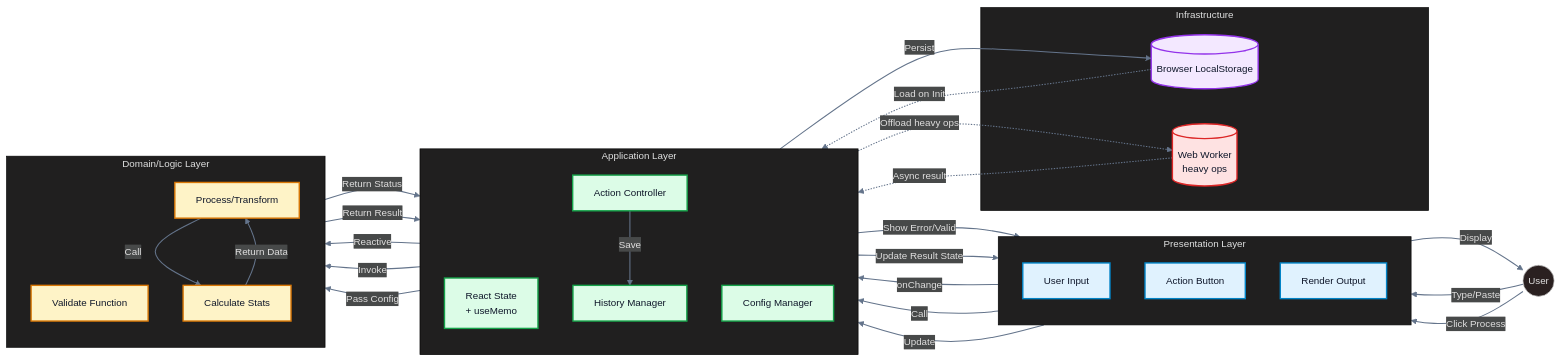
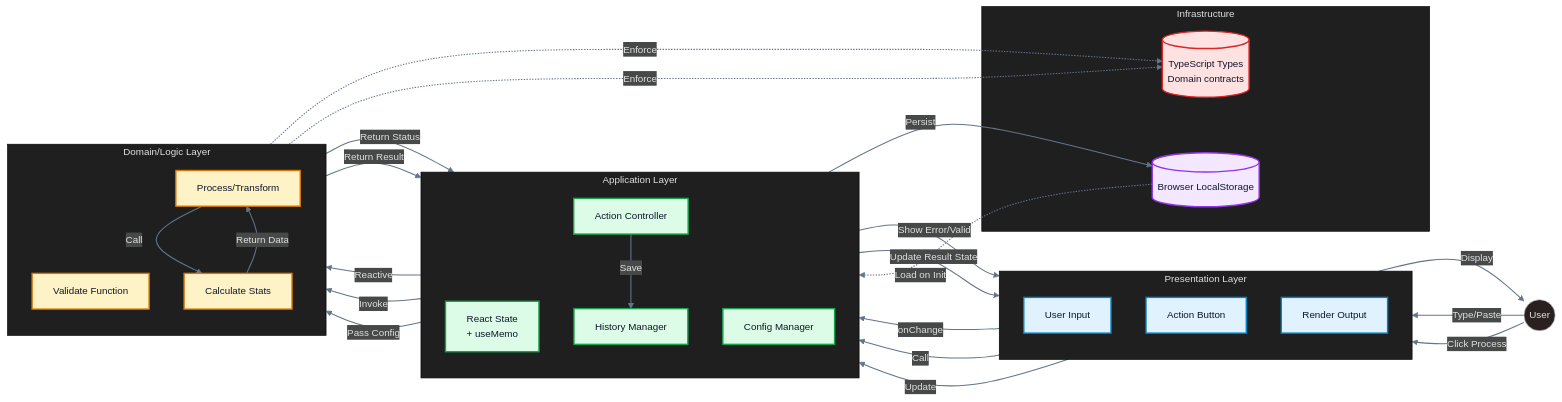
The first of 2 diagrams in README.md (monaty1/devflow-ai), drawn with Mermaid before and after one commit. The commit also changed other lines of this file and 2 other files, not shown here.

Commit message:
fix: add missing ToolHeader icons, update README architecture diagram
- code-review: added icon={FileCode} gradient="from-red-500 to-rose-600"
- prompt-analyzer: added icon={ScanSearch} gradient="from-yellow-500 to-orange-600"
- README: replaced obsolete Web Worker node with TypeScript Types in diagram

````diff
--- a/README.md
+++ b/README.md
@@ -112,66 +112,66 @@
 ```mermaid
 ---
 config:
   theme: neo-dark
 ---
 flowchart LR
     classDef ui fill:#e0f2fe,stroke:#0284c7,stroke-width:2px,color:#0f172a
     classDef hook fill:#dcfce7,stroke:#16a34a,stroke-width:2px,color:#0f172a
     classDef lib fill:#fef3c7,stroke:#d97706,stroke-width:2px,color:#0f172a
     classDef storage fill:#f3e8ff,stroke:#9333ea,stroke-width:2px,color:#0f172a
-    classDef worker fill:#fee2e2,stroke:#dc2626,stroke-width:2px,color:#0f172a
+    classDef types fill:#fee2e2,stroke:#dc2626,stroke-width:2px,color:#0f172a
     User((User))
     subgraph Presentation ["Presentation Layer"]
         direction TB
         UI_Input[User Input]:::ui
         UI_Button[Action Button]:::ui
         UI_Render[Render Output]:::ui
     end
 
     subgraph AppLayer ["Application Layer"]
         direction TB
         Hook_State["React State\n+ useMemo"]:::hook
         Hook_Controller[Action Controller]:::hook
         Hook_Config[Config Manager]:::hook
         Hook_History[History Manager]:::hook
     end
 
     subgraph DomainLayer ["Domain/Logic Layer"]
         direction TB
         Logic_Validate[Validate Function]:::lib
         Logic_Process[Process/Transform]:::lib
         Logic_Stats[Calculate Stats]:::lib
     end
 
     subgraph Infra ["Infrastructure"]
         LocalStorage[("Browser LocalStorage")]:::storage
-        Worker[("Web Worker\nheavy ops")]:::worker
+        Types[("TypeScript Types\nDomain contracts")]:::types
     end
     User -->|Type/Paste| UI_Input
     User -->|Click Process| UI_Button
     UI_Render -->|Display| User
 
     UI_Input -->|onChange| Hook_State
     UI_Button -->|Call| Hook_Controller
     UI_Button -->|Update| Hook_Config
 
     Hook_State -->|Reactive| Logic_Validate
     Logic_Validate -->|Return Status| Hook_State
     Hook_State -->|Show Error/Valid| UI_Render
 
     Hook_Controller -->|Invoke| Logic_Process
     Hook_Config -->|Pass Config| Logic_Process
     Logic_Process -->|Return Result| Hook_Controller
     Hook_Controller -->|Update Result State| UI_Render
 
     Logic_Process -->|Call| Logic_Stats
     Logic_Stats -->|Return Data| Logic_Process
 
-    Hook_Controller -.->|Offload heavy ops| Worker
-    Worker -.->|Async result| Hook_Controller
+    Logic_Validate -.->|Enforce| Types
+    Logic_Process -.->|Enforce| Types
 
     Hook_Controller -->|Save| Hook_History
     Hook_History -->|Persist| LocalStorage
     LocalStorage -.->|Load on Init| Hook_History
     linkStyle default stroke:#64748b,stroke-width:1.5px
 ```
````
